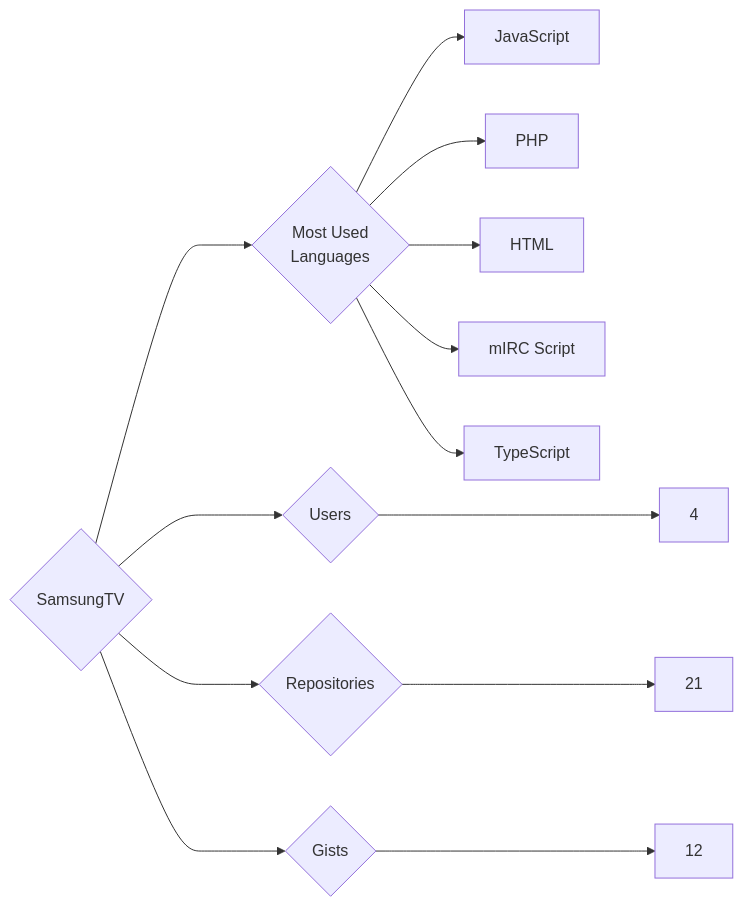
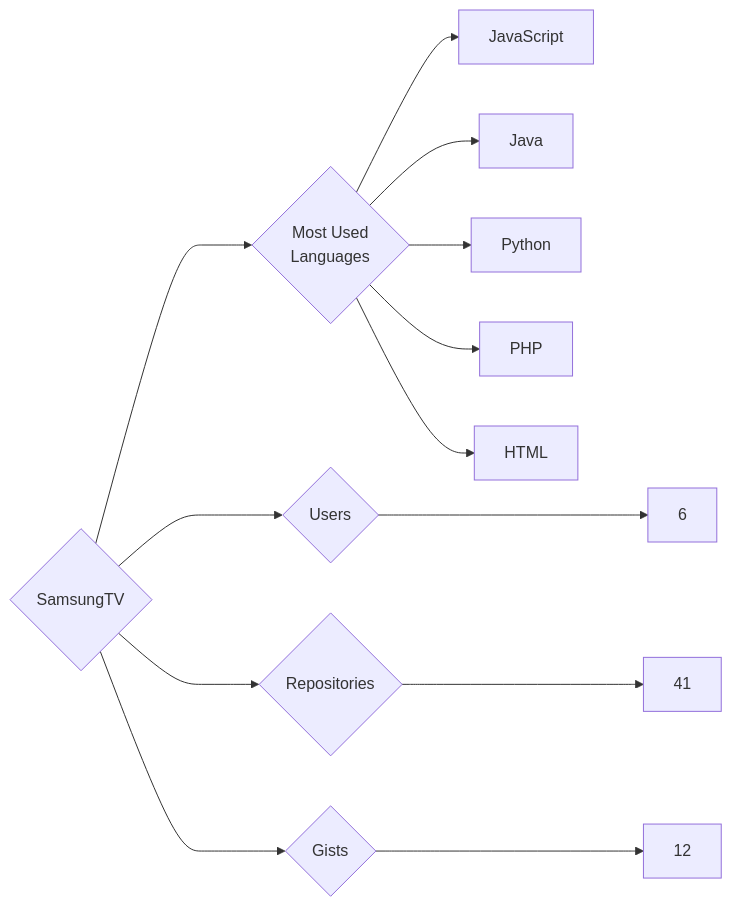
Before and after one commit to trickest/insiders: the diagram in targets/SamsungTV/README.md, drawn with Mermaid. The commit also changed 1248 other files, not shown here.

````diff
--- a/targets/SamsungTV/README.md
+++ b/targets/SamsungTV/README.md
@@ -3,13 +3,13 @@
 ```mermaid
 graph LR
 COMPANY_NAME{SamsungTV}
-COMPANY_NAME ---> U{Users} ---> UN[4]
-COMPANY_NAME ---> R{Repositories} ---> RN[21]
+COMPANY_NAME ---> U{Users} ---> UN[6]
+COMPANY_NAME ---> R{Repositories} ---> RN[41]
 COMPANY_NAME ---> G{Gists} ---> GN[12]
 COMPANY_NAME ---> ML{Most Used<br>Languages}
 ML --> JavaScript[JavaScript]
+ML --> Java[Java]
+ML --> Python[Python]
 ML --> PHP[PHP]
 ML --> HTML[HTML]
-ML --> mIRC_Script[mIRC Script]
-ML --> TypeScript[TypeScript]
 ```
````
